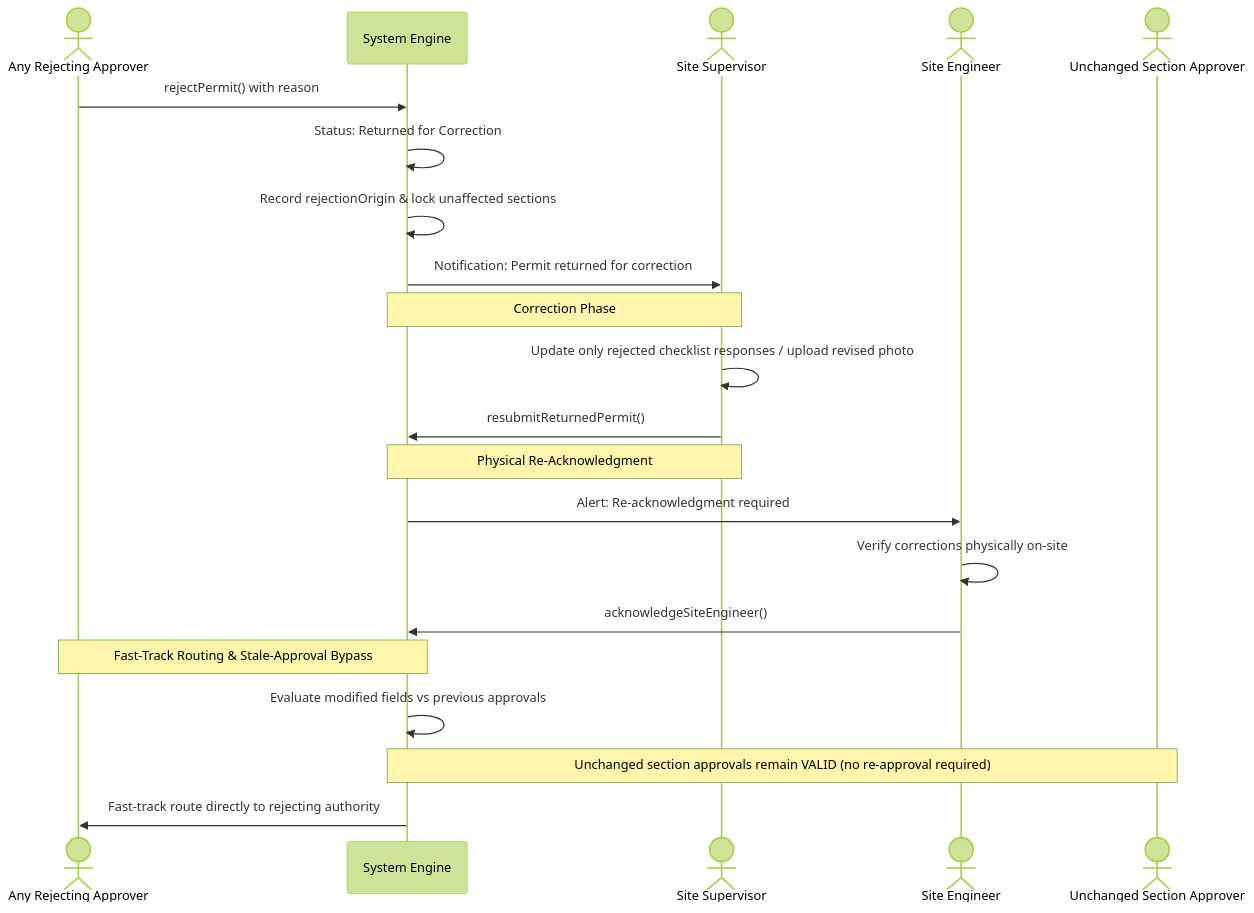
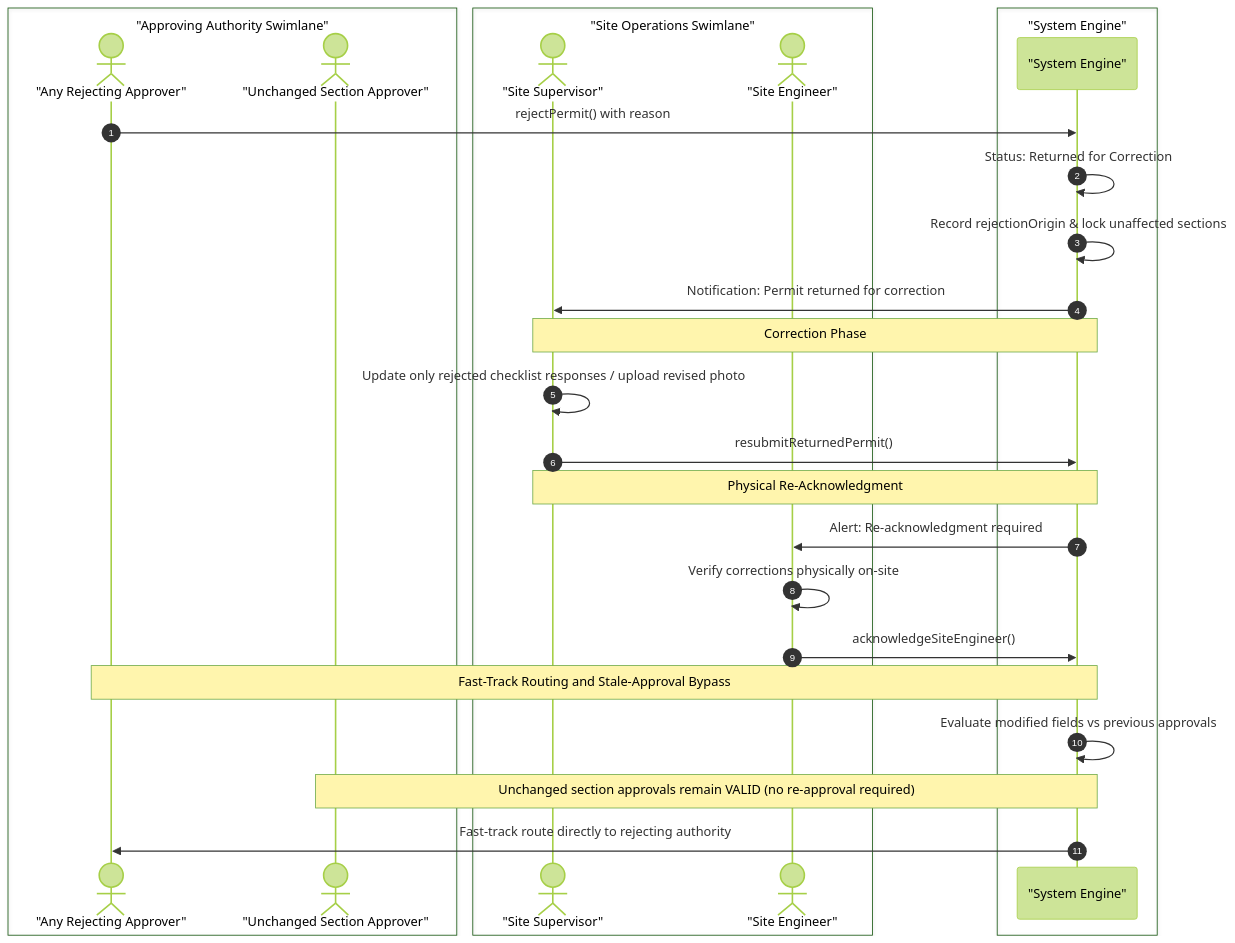
Diagram 30 of 41 in README.md (AuroGroupAutomationBot/ARPL-EHS-Demo), drawn with Mermaid (forest theme) before and after one commit. The commit also changed other lines of this file and 7 other files, not shown here.

````diff
--- a/README.md
+++ b/README.md
@@ -2281,26 +2509,33 @@
 ```mermaid
 sequenceDiagram
-    actor Approver as Any Rejecting Approver
-    participant SYS as System Engine
-    actor SS as Site Supervisor
-    actor SE as Site Engineer
-    actor PreviousApprover as Unchanged Section Approver
+    autonumber
+    box "Approving Authority Swimlane"
+        actor Approver as "Any Rejecting Approver"
+        actor PreviousApprover as "Unchanged Section Approver"
+    end
+    box "Site Operations Swimlane"
+        actor SS as "Site Supervisor"
+        actor SE as "Site Engineer"
+    end
+    box "System Engine"
+        participant SYS as "System Engine"
+    end
 
     Approver->>SYS: rejectPermit() with reason
     SYS->>SYS: Status: Returned for Correction
     SYS->>SYS: Record rejectionOrigin & lock unaffected sections
     SYS->>SS: Notification: Permit returned for correction
     Note over SS,SYS: Correction Phase
     SS->>SS: Update only rejected checklist responses / upload revised photo
     SS->>SYS: resubmitReturnedPermit()
 
     Note over SS,SYS: Physical Re-Acknowledgment
     SYS->>SE: Alert: Re-acknowledgment required
     SE->>SE: Verify corrections physically on-site
     SE->>SYS: acknowledgeSiteEngineer()
 
-    Note over SYS,Approver: Fast-Track Routing & Stale-Approval Bypass
+    Note over SYS,Approver: Fast-Track Routing and Stale-Approval Bypass
     SYS->>SYS: Evaluate modified fields vs previous approvals
     Note over PreviousApprover,SYS: Unchanged section approvals remain VALID (no re-approval required)
     SYS->>Approver: Fast-track route directly to rejecting authority
 ```
````
